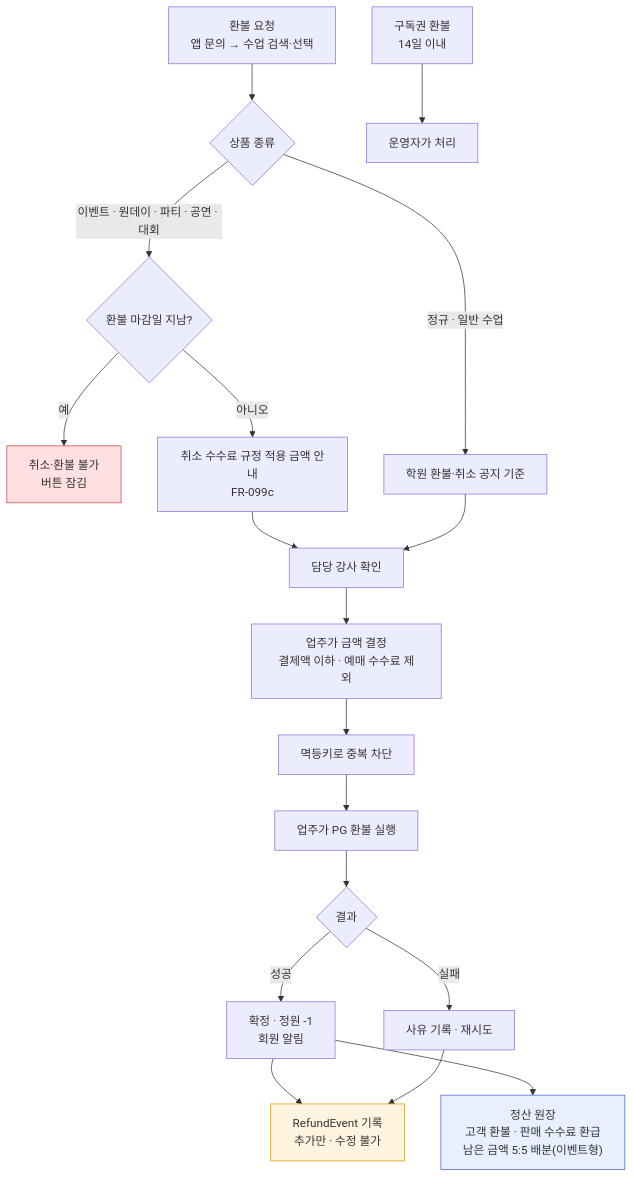
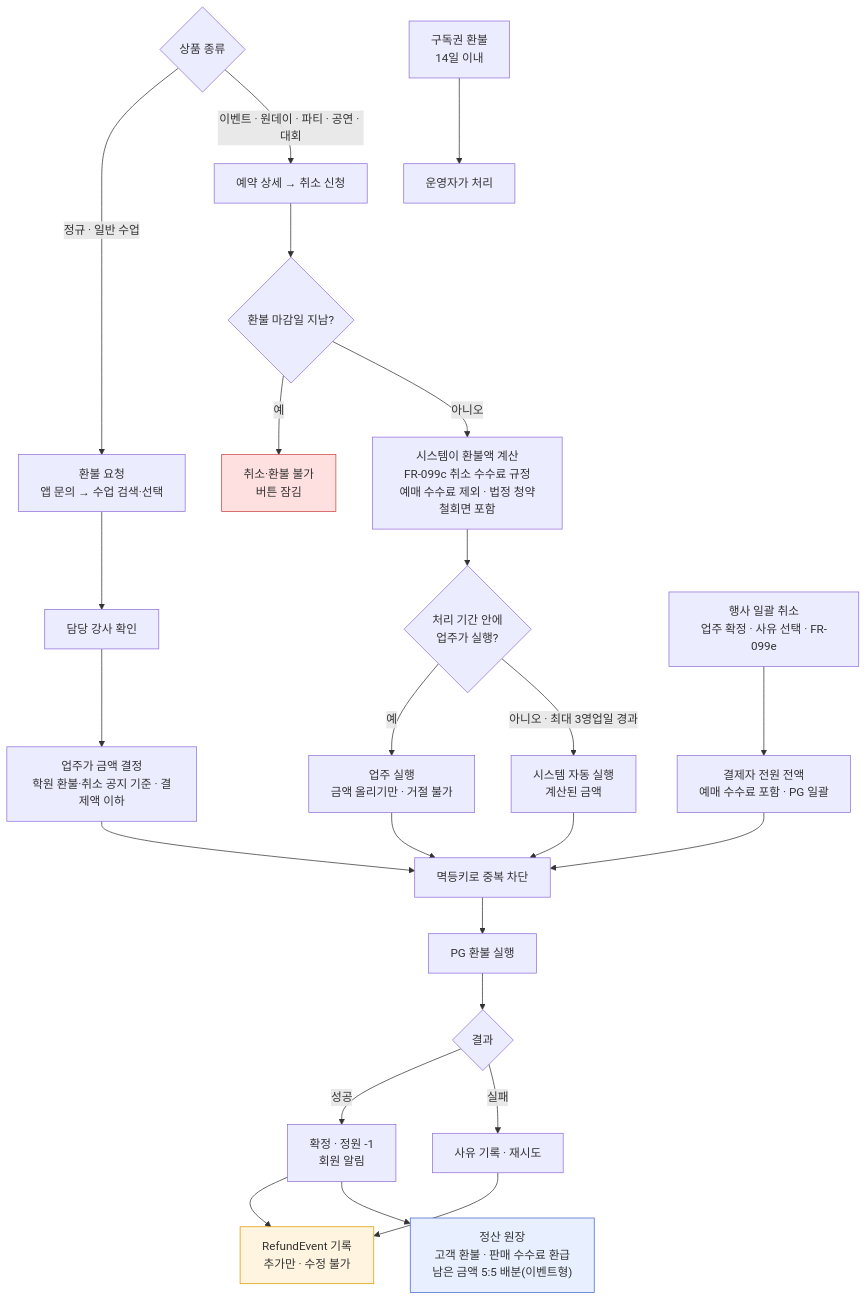
One commit to ChaeUngLim/kdancex4 changed the tenth of 14 diagrams in docs/kdancex4_service_definition_and_tech_stack.md. Above: the diagram before and after it, drawn with Mermaid. The commit also changed other lines of this file and 15 other files, not shown here.

````diff
--- a/docs/kdancex4_service_definition_and_tech_stack.md
+++ b/docs/kdancex4_service_definition_and_tech_stack.md
@@ -1753,25 +1768,35 @@
 ```mermaid
 flowchart TB
-    REQ["환불 요청<br/>앱 문의 → 수업 검색·선택"] --> KIND{"상품 종류"}
-    KIND -->|"이벤트 · 원데이 · 파티 · 공연 · 대회"| DL{"환불 마감일 지남?"}
+    KIND{"상품 종류"}
+    KIND -->|"정규 · 일반 수업"| REQ["환불 요청<br/>앱 문의 → 수업 검색·선택"]
+    REQ --> INS["담당 강사 확인"]
+    INS --> OWN["업주가 금액 결정<br/>학원 환불·취소 공지 기준 · 결제액 이하"]
+    OWN --> IDEM["멱등키로 중복 차단"]
+
+    KIND -->|"이벤트 · 원데이 · 파티 · 공연 · 대회"| CAN["예약 상세 → 취소 신청"]
+    CAN --> DL{"환불 마감일 지남?"}
     DL -->|"예"| NO["취소·환불 불가<br/>버튼 잠김"]
-    DL -->|"아니오"| FEE["취소 수수료 규정 적용 금액 안내<br/>FR-099c"]
-    KIND -->|"정규 · 일반 수업"| POL["학원 환불·취소 공지 기준"]
-    FEE --> INS["담당 강사 확인"]
-    POL --> INS
-    INS --> OWN["업주가 금액 결정<br/>결제액 이하 · 예매 수수료 제외"]
-    OWN --> IDEM["멱등키로 중복 차단"]
-    IDEM --> PGC["업주가 PG 환불 실행"]
+    DL -->|"아니오"| CALC["시스템이 환불액 계산<br/>FR-099c 취소 수수료 규정<br/>예매 수수료 제외 · 법정 청약철회면 포함"]
+    CALC --> DUE{"처리 기간 안에<br/>업주가 실행?"}
+    DUE -->|"예"| OWNX["업주 실행<br/>금액 올리기만 · 거절 불가"]
+    DUE -->|"아니오 · 최대 3영업일 경과"| AUTO["시스템 자동 실행<br/>계산된 금액"]
+    OWNX --> IDEM
+    AUTO --> IDEM
+
+    EVT["행사 일괄 취소<br/>업주 확정 · 사유 선택 · FR-099e"] --> BULK["결제자 전원 전액<br/>예매 수수료 포함 · PG 일괄"]
+    BULK --> IDEM
+
+    IDEM --> PGC["PG 환불 실행"]
     PGC --> RES{"결과"}
     RES -->|"성공"| S1["확정 · 정원 -1<br/>회원 알림"]
     RES -->|"실패"| S3["사유 기록 · 재시도"]
     S1 --> LOG["RefundEvent 기록<br/>추가만 · 수정 불가"]
     S3 --> LOG
     S1 --> LED["정산 원장<br/>고객 환불 · 판매 수수료 환급<br/>남은 금액 5:5 배분(이벤트형)"]
 
     SUB["구독권 환불<br/>14일 이내"] --> PLAT["운영자가 처리"]
 
     style NO fill:#ffe0e0,stroke:#c44
     style LOG fill:#fff4e0,stroke:#d90
     style LED fill:#e8f0ff,stroke:#46c
 ```
````
